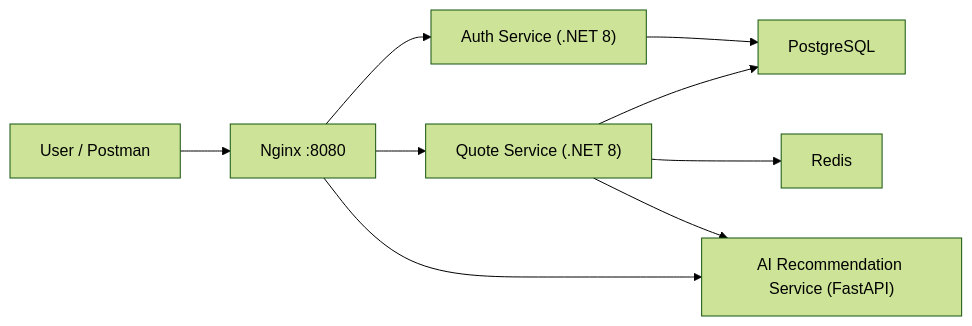
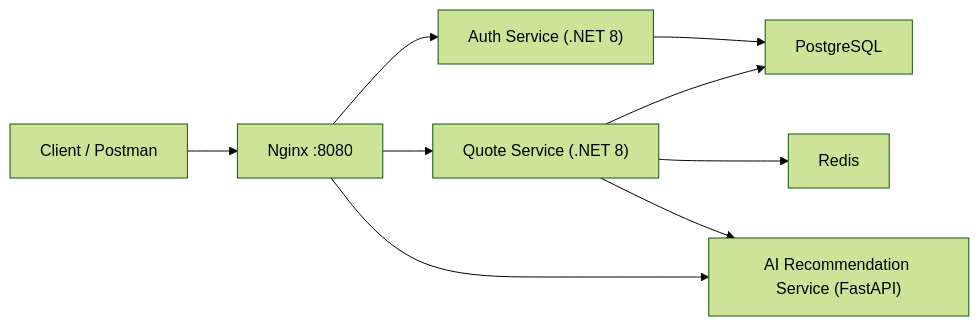
Before and after one commit to HimanshuBansal81/freightrate-ai: the diagram in README.md, drawn with Mermaid (forest theme). The commit also changed other lines of this file and 7 other files, not shown here.

````diff
--- a/README.md
+++ b/README.md
@@ -19,11 +17,11 @@
 ```mermaid
 flowchart LR
-    Client["User / Postman"] --> Nginx["Nginx :8080"]
+    Client["Client / Postman"] --> Nginx["Nginx :8080"]
     Nginx --> Auth["Auth Service (.NET 8)"]
     Nginx --> Quote["Quote Service (.NET 8)"]
     Nginx --> AI["AI Recommendation Service (FastAPI)"]
     Auth --> Postgres["PostgreSQL"]
     Quote --> Postgres
     Quote --> Redis["Redis"]
     Quote --> AI
 ```
````
